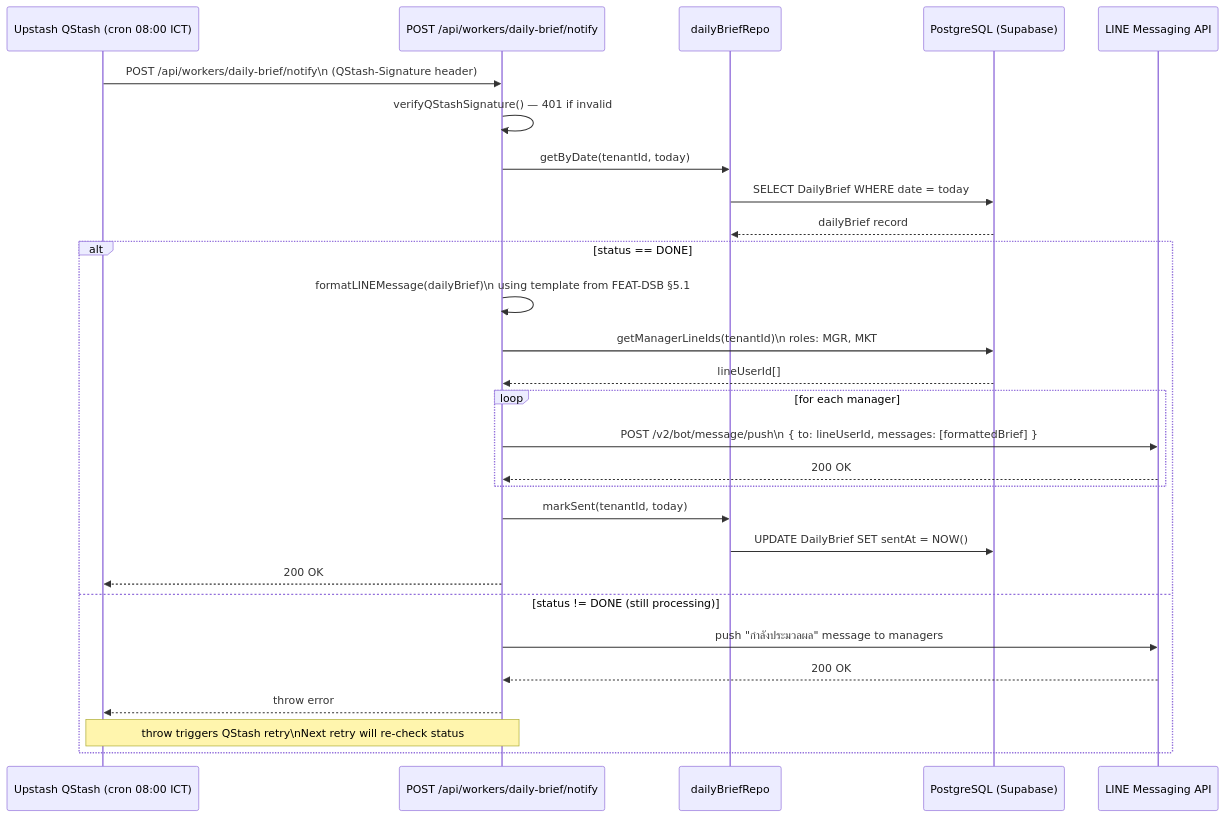
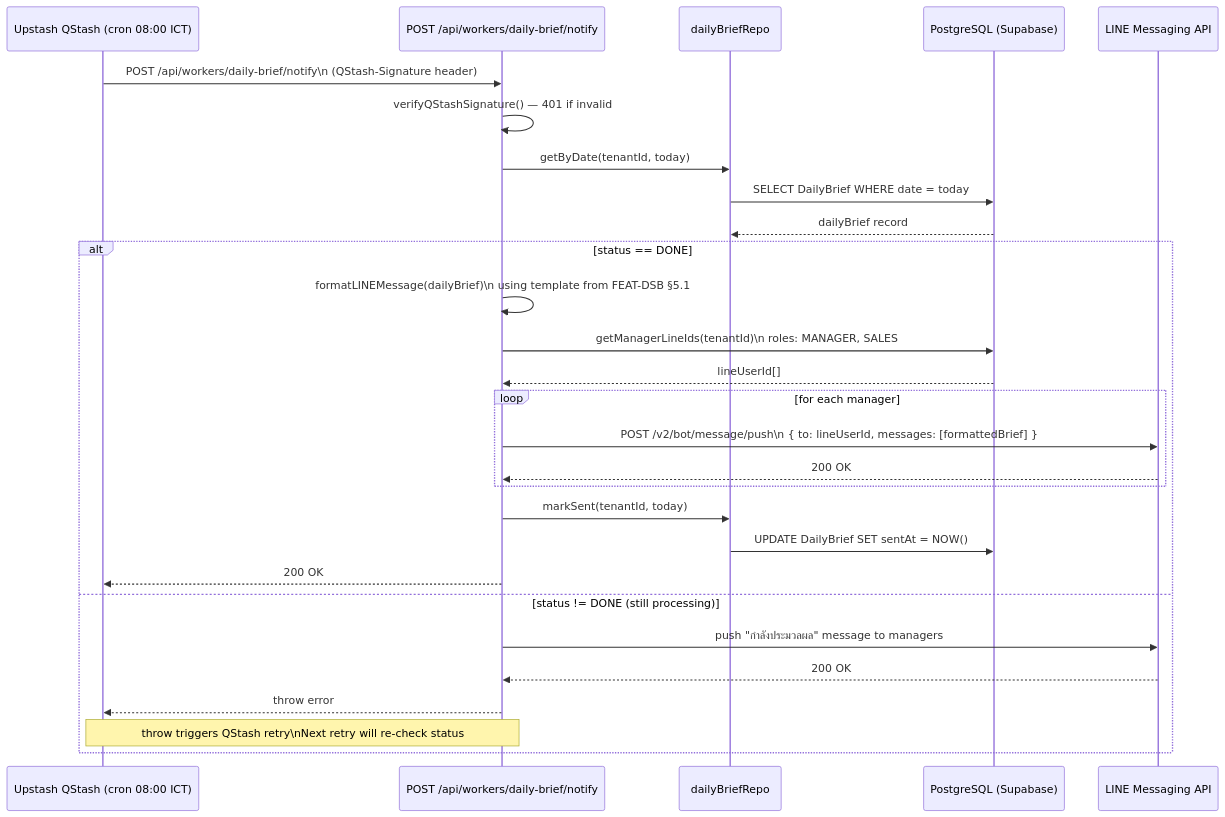
The fifth of 5 diagrams in docs/architecture/data-flows/dsb.md (Freshair129/zuri1.0), drawn with Mermaid before and after one commit. The commit also changed other lines of this file and 76 other files, not shown here.

````diff
--- a/docs/architecture/data-flows/dsb.md
+++ b/docs/architecture/data-flows/dsb.md
@@ -124,32 +124,32 @@
 ```mermaid
 sequenceDiagram
     participant QStash as Upstash QStash (cron 08:00 ICT)
     participant Worker as POST /api/workers/daily-brief/notify
     participant BriefRepo as dailyBriefRepo
     participant DB as PostgreSQL (Supabase)
     participant LINE as LINE Messaging API
 
     QStash->>Worker: POST /api/workers/daily-brief/notify\n  (QStash-Signature header)
     Worker->>Worker: verifyQStashSignature() — 401 if invalid
     Worker->>BriefRepo: getByDate(tenantId, today)
     BriefRepo->>DB: SELECT DailyBrief WHERE date = today
     DB-->>BriefRepo: dailyBrief record
 
     alt status == DONE
         Worker->>Worker: formatLINEMessage(dailyBrief)\n  using template from FEAT-DSB §5.1
-        Worker->>DB: getManagerLineIds(tenantId)\n  roles: MGR, MKT
+        Worker->>DB: getManagerLineIds(tenantId)\n  roles: MANAGER, SALES
         DB-->>Worker: lineUserId[]
         loop for each manager
             Worker->>LINE: POST /v2/bot/message/push\n  { to: lineUserId, messages: [formattedBrief] }
             LINE-->>Worker: 200 OK
         end
         Worker->>BriefRepo: markSent(tenantId, today)
         BriefRepo->>DB: UPDATE DailyBrief SET sentAt = NOW()
         Worker-->>QStash: 200 OK
     else status != DONE (still processing)
         Worker->>LINE: push "กำลังประมวลผล" message to managers
         LINE-->>Worker: 200 OK
         Worker-->>QStash: throw error
         note over Worker,QStash: throw triggers QStash retry\nNext retry will re-check status
     end
 ```
````
